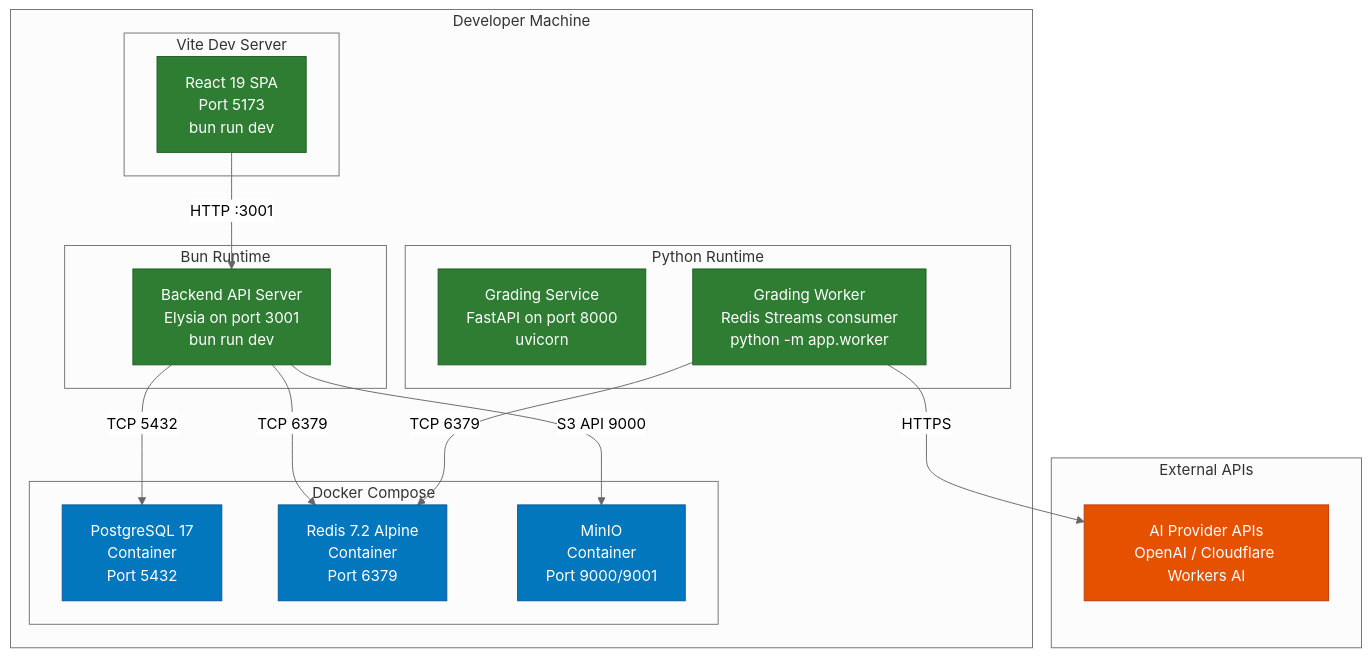
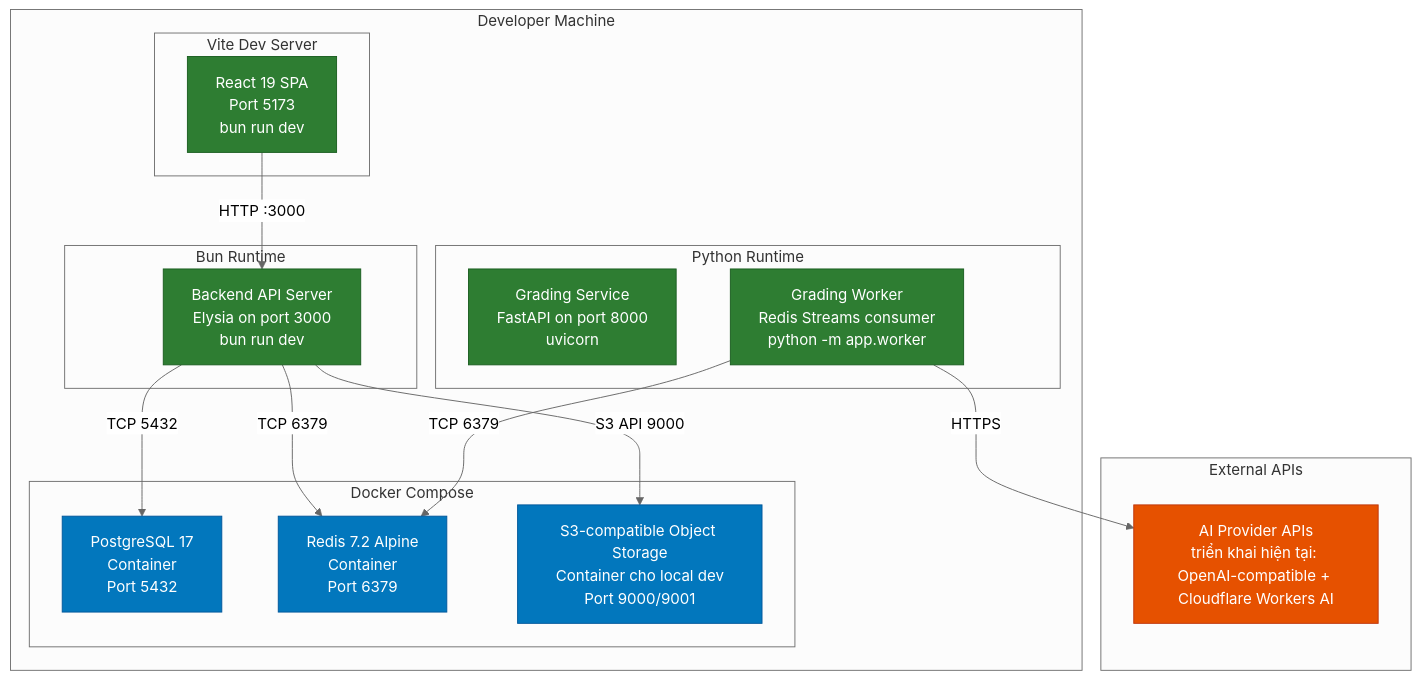
The second of 16 diagrams in docs/capstone/reports/VI/report4-software-design-document.md (nghyane/VSTEP), drawn with Mermaid (neutral theme) before and after one commit. The commit also changed other lines of this file and 1 other file, not shown here.

Commit message:
docs: align report 4 with current architecture

````diff
--- a/docs/capstone/reports/VI/report4-software-design-document.md
+++ b/docs/capstone/reports/VI/report4-software-design-document.md
@@ -123,42 +123,42 @@
 ```mermaid
 flowchart TB
     subgraph DevMachine ["Developer Machine"]
         subgraph DockerCompose ["Docker Compose"]
             PGContainer["PostgreSQL 17<br/>Container<br/>Port 5432"]
             RedisContainer["Redis 7.2 Alpine<br/>Container<br/>Port 6379"]
-            MinIOContainer["MinIO<br/>Container<br/>Port 9000/9001"]
+            ObjectStorageContainer["S3-compatible Object Storage<br/>Container cho local dev<br/>Port 9000/9001"]
         end
 
         subgraph BunRuntime ["Bun Runtime"]
-            BackendAPI["Backend API Server<br/>Elysia on port 3001<br/>bun run dev"]
+            BackendAPI["Backend API Server<br/>Elysia on port 3000<br/>bun run dev"]
         end
 
         subgraph PythonRuntime ["Python Runtime"]
             GradingAPI["Grading Service<br/>FastAPI on port 8000<br/>uvicorn"]
             GradingWorker["Grading Worker<br/>Redis Streams consumer<br/>python -m app.worker"]
         end
 
         subgraph ViteDevServer ["Vite Dev Server"]
             FrontendDev["React 19 SPA<br/>Port 5173<br/>bun run dev"]
         end
     end
 
     subgraph ExternalAPIs ["External APIs"]
-        AIProviders["AI Provider APIs<br/>OpenAI / Cloudflare Workers AI"]
+        AIProviders["AI Provider APIs<br/>triển khai hiện tại: OpenAI-compatible + Cloudflare Workers AI"]
     end
 
     BackendAPI -->|"TCP 5432"| PGContainer
     BackendAPI -->|"TCP 6379"| RedisContainer
-    BackendAPI -->|"S3 API 9000"| MinIOContainer
+    BackendAPI -->|"S3 API 9000"| ObjectStorageContainer
     GradingWorker -->|"TCP 6379"| RedisContainer
     GradingWorker -->|"HTTPS"| AIProviders
-    FrontendDev -->|"HTTP :3001"| BackendAPI
+    FrontendDev -->|"HTTP :3000"| BackendAPI
 
     classDef container fill:#0277bd,stroke:#01579b,color:#fff
     classDef runtime fill:#2e7d32,stroke:#1b5e20,color:#fff
     classDef external fill:#e65100,stroke:#bf360c,color:#fff
 
-    class PGContainer,RedisContainer,MinIOContainer container
+    class PGContainer,RedisContainer,ObjectStorageContainer container
     class BackendAPI,GradingAPI,GradingWorker,FrontendDev runtime
     class AIProviders external
 ```
````
